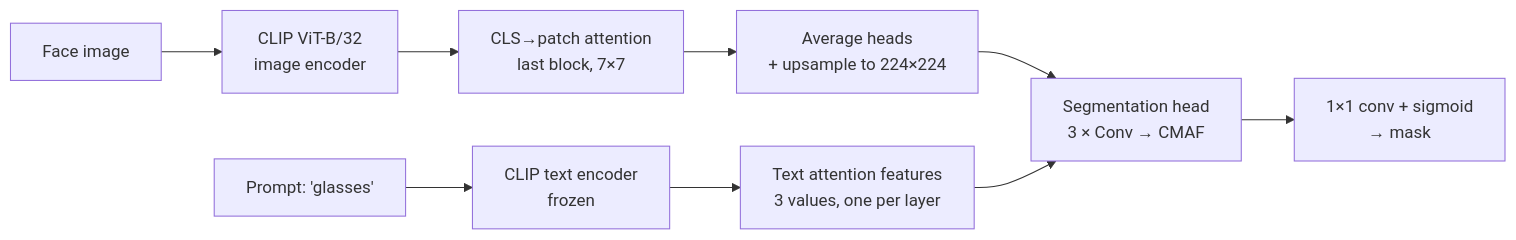
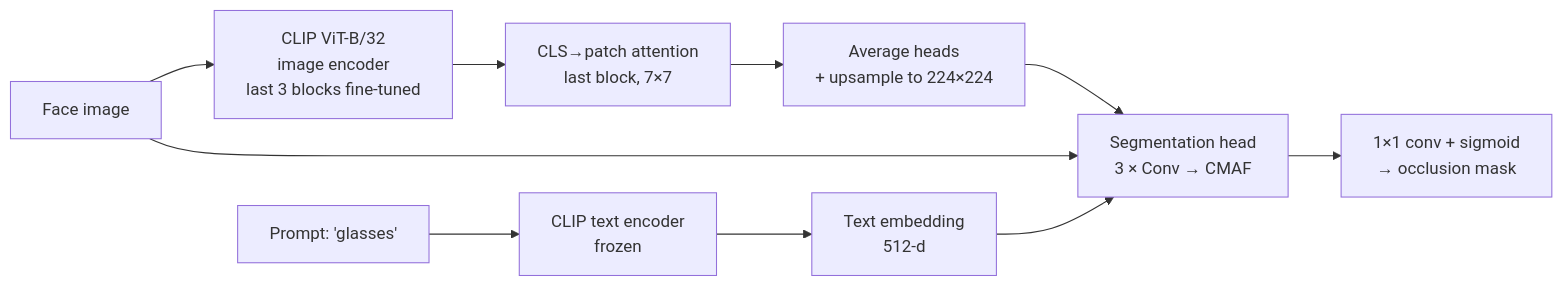
Before and after one commit to SreenityaThatikunta/Visus: the diagram in README.md, drawn with Mermaid. The commit also changed other lines of this file, not shown here.

````diff
--- a/README.md
+++ b/README.md
@@ -20,11 +20,12 @@
 ```mermaid
 flowchart LR
-    I[Face image] --> V[CLIP ViT-B/32<br/>image encoder]
+    I[Face image] --> V[CLIP ViT-B/32<br/>image encoder<br/>last 3 blocks fine-tuned]
     V --> A[CLS→patch attention<br/>last block, 7×7]
     A --> U[Average heads<br/>+ upsample to 224×224]
     P["Prompt: 'glasses'"] --> T[CLIP text encoder<br/>frozen]
-    T --> F[Text attention features<br/>3 values, one per layer]
+    T --> F[Text embedding<br/>512-d]
     U --> H[Segmentation head<br/>3 × Conv → CMAF]
+    I --> H
     F --> H
-    H --> M[1×1 conv + sigmoid<br/>→ mask]
+    H --> M[1×1 conv + sigmoid<br/>→ occlusion mask]
 ```
````
